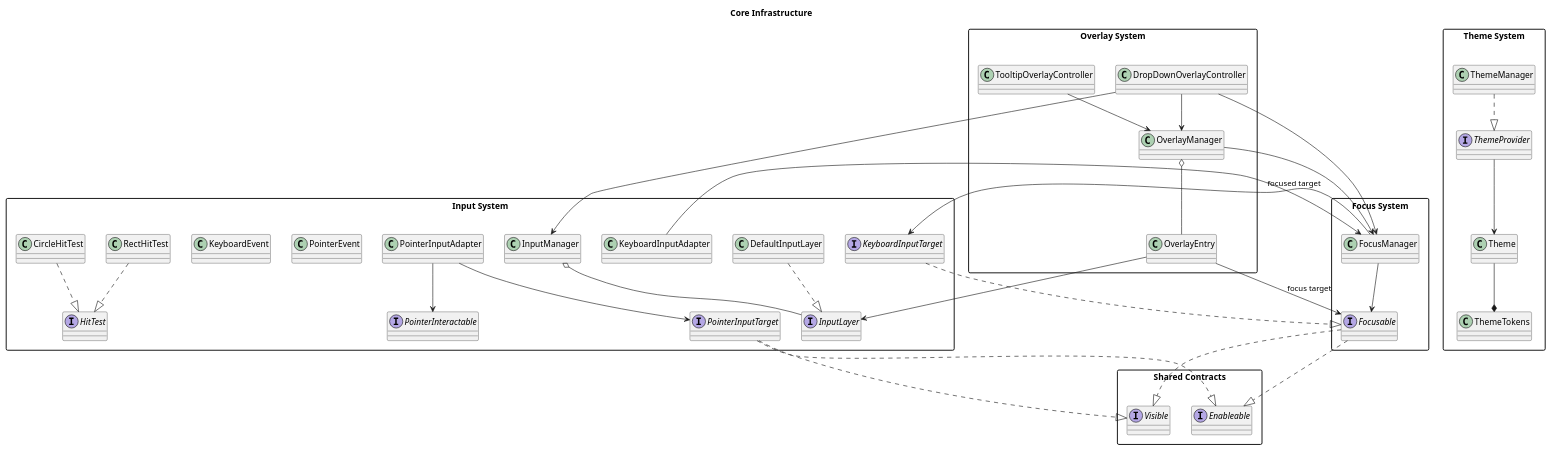
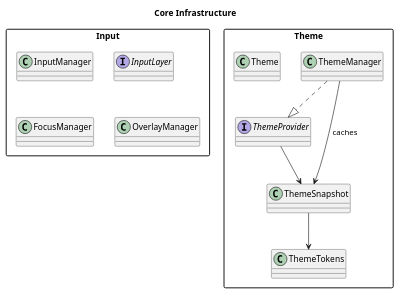
The diagram in docs/uml/infrastructure.puml (cdpoloz/cpz-mvvm-processing-controls), drawn with PlantUML before and after one commit. The commit also changed 53 other files, not shown here.

```diff
--- a/docs/uml/infrastructure.puml
+++ b/docs/uml/infrastructure.puml
@@ -1,71 +1,25 @@
 @startuml
 title Core Infrastructure
 skinparam packageStyle rectangle
 skinparam shadowing false
 
-package "Input System" {
+package "Input" {
   class InputManager
   interface InputLayer
-  class DefaultInputLayer
-  class PointerInputAdapter
-  class KeyboardInputAdapter
-  interface PointerInteractable
-  interface PointerInputTarget
-  interface KeyboardInputTarget
-  class PointerEvent
-  class KeyboardEvent
-  interface HitTest
-  class RectHitTest
-  class CircleHitTest
+  class FocusManager
+  class OverlayManager
 }
 
-package "Focus System" {
-  interface Focusable
-  class FocusManager
-}
-
-package "Overlay System" {
-  class OverlayManager
-  class OverlayEntry
-  class DropDownOverlayController
-  class TooltipOverlayController
-}
-
-package "Theme System" {
+package "Theme" {
   interface ThemeProvider
+  class ThemeManager
   class Theme
-  class ThemeManager
+  class ThemeSnapshot
   class ThemeTokens
 }
 
-package "Shared Contracts" {
-  interface Visible
-  interface Enableable
-}
-
-Focusable ..|> Visible
-Focusable ..|> Enableable
-PointerInputTarget ..|> Visible
-PointerInputTarget ..|> Enableable
-KeyboardInputTarget ..|> Focusable
-DefaultInputLayer ..|> InputLayer
-RectHitTest ..|> HitTest
-CircleHitTest ..|> HitTest
-InputManager o-- InputLayer
-PointerInputAdapter --> PointerInteractable
-PointerInputAdapter --> PointerInputTarget
-KeyboardInputAdapter --> FocusManager
-FocusManager --> Focusable
-FocusManager --> KeyboardInputTarget : focused target
-OverlayManager o-- OverlayEntry
-OverlayManager --> FocusManager
-OverlayEntry --> InputLayer
-OverlayEntry --> Focusable : focus target
-DropDownOverlayController --> OverlayManager
-DropDownOverlayController --> InputManager
-DropDownOverlayController --> FocusManager
-TooltipOverlayController --> OverlayManager
 ThemeManager ..|> ThemeProvider
-Theme --* ThemeTokens
-ThemeProvider --> Theme
+ThemeProvider --> ThemeSnapshot
+ThemeManager --> ThemeSnapshot : caches
+ThemeSnapshot --> ThemeTokens
 @enduml
```
